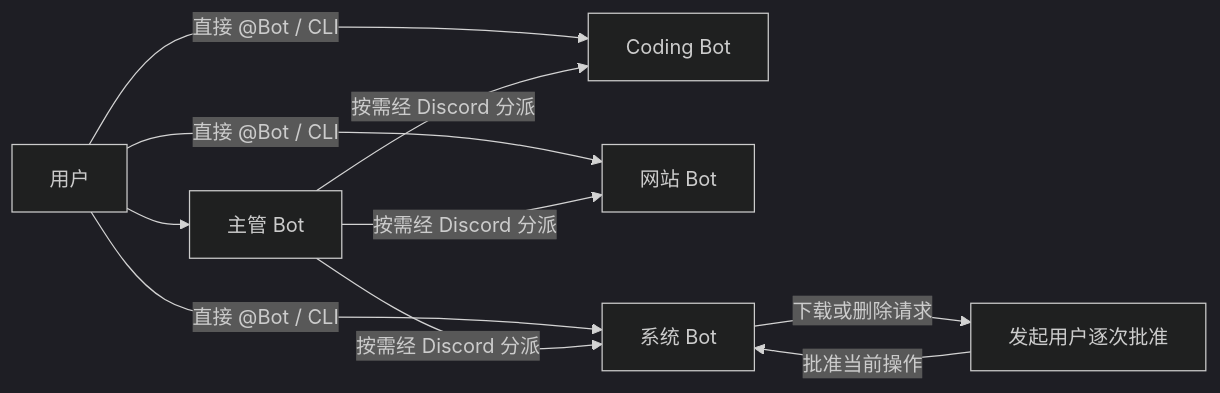
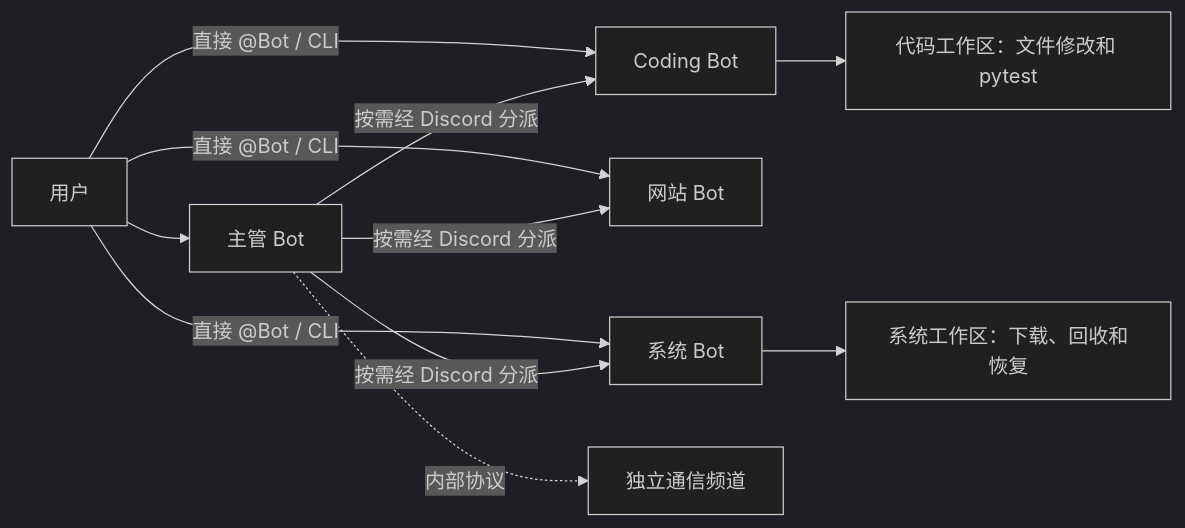
The diagram in docs/cloud-multi-agent.md (BoyuSong/spirit), drawn with Mermaid (dark theme) before and after one commit. The commit also changed other lines of this file and 26 other files, not shown here.

````diff
--- a/docs/cloud-multi-agent.md
+++ b/docs/cloud-multi-agent.md
@@ -5,12 +5,13 @@
 ```mermaid
 flowchart LR
     U[用户] -->|直接 @Bot / CLI| D[Coding Bot]
     U -->|直接 @Bot / CLI| W[网站 Bot]
     U -->|直接 @Bot / CLI| S[系统 Bot]
     U --> C[主管 Bot]
     C -->|按需经 Discord 分派| D
     C -->|按需经 Discord 分派| W
     C -->|按需经 Discord 分派| S
-    S -->|下载或删除请求| A[发起用户逐次批准]
-    A -->|批准当前操作| S
+    D --> P[代码工作区：文件修改和 pytest]
+    S --> F[系统工作区：下载、回收和恢复]
+    C -. 内部协议 .-> B[独立通信频道]
 ```
````
